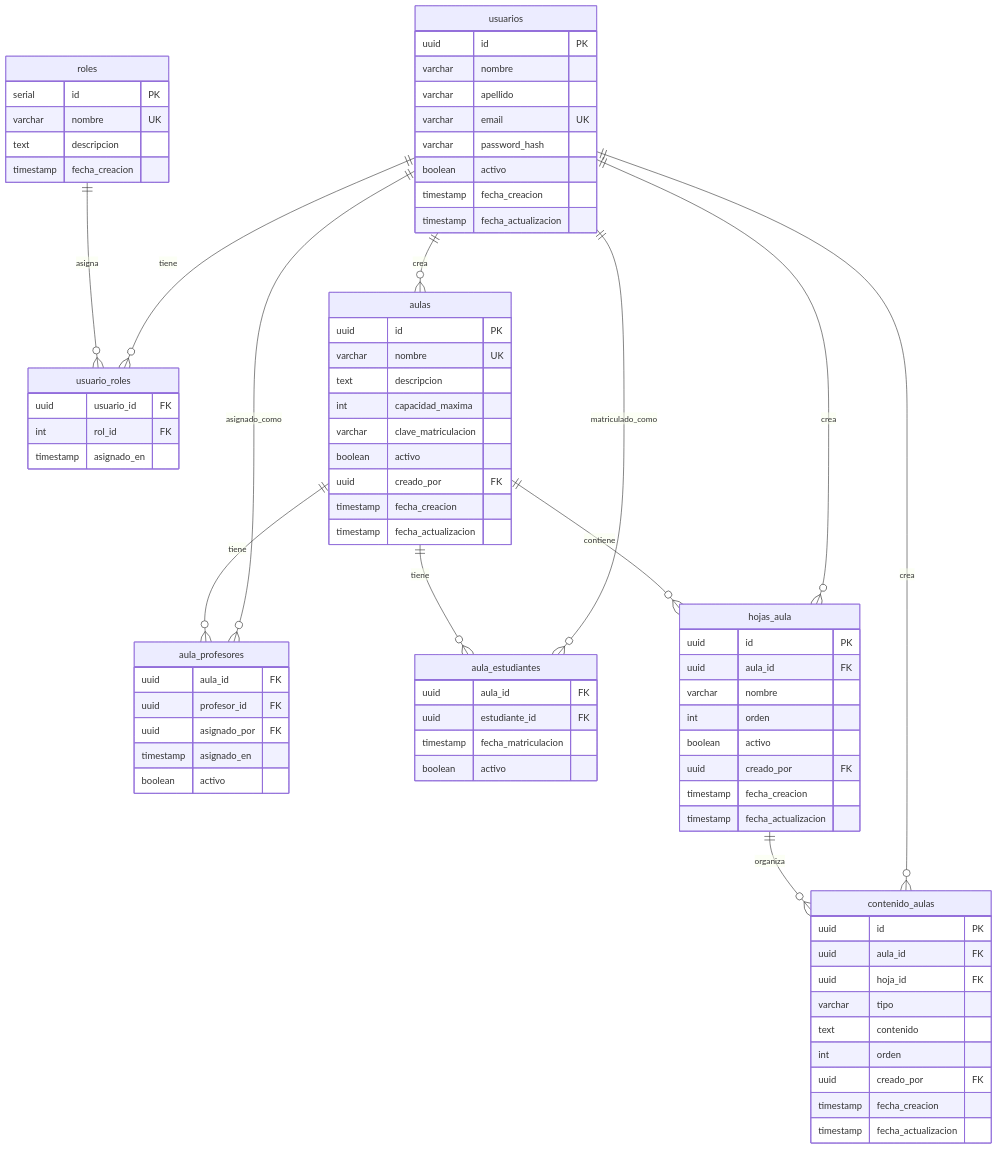
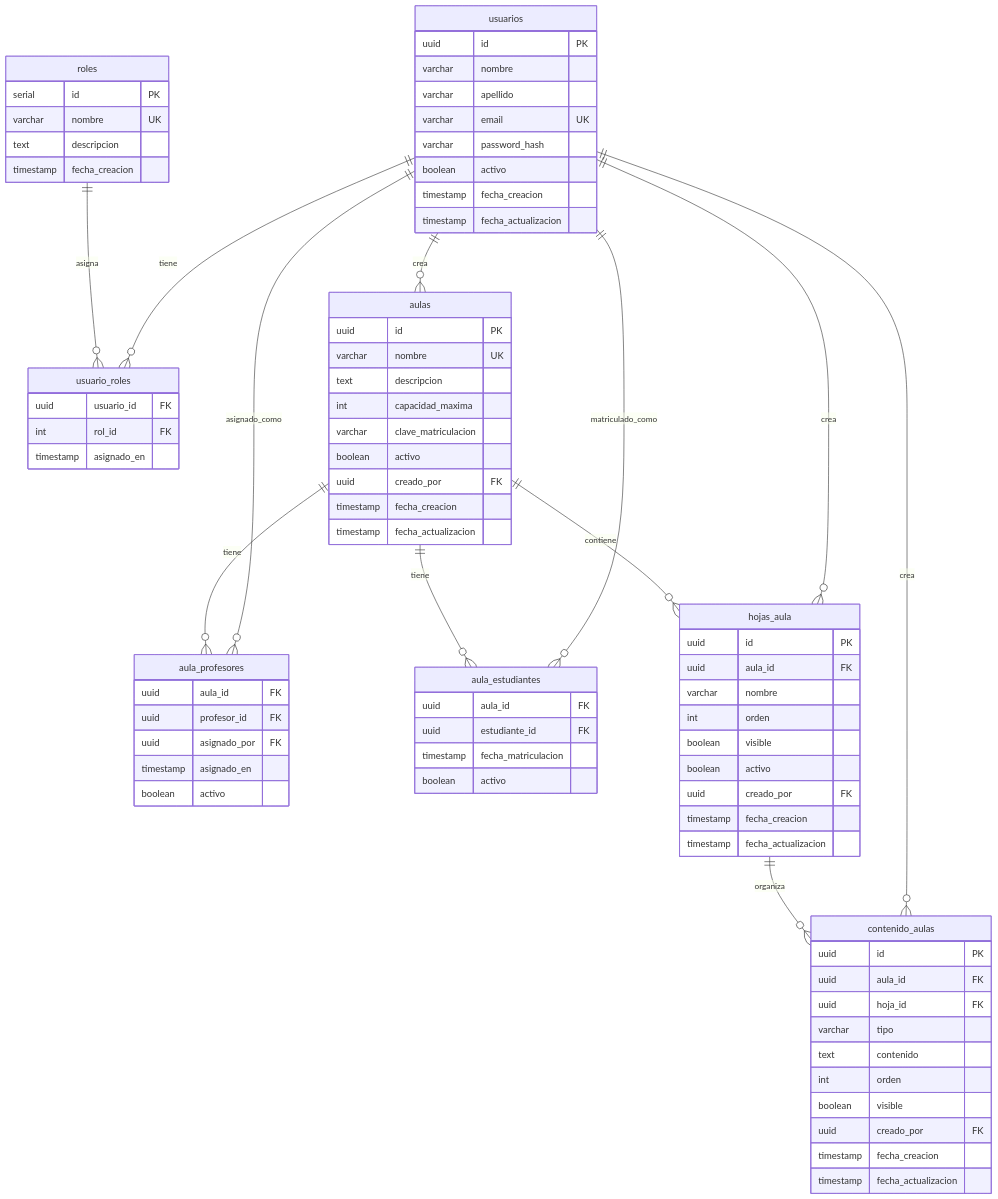
Before and after one commit to NicoMagro/AulaVirtual: the second of 4 diagrams in README.md, drawn with Mermaid. The commit also changed other lines of this file and 8 other files, not shown here.

```diff
--- a/README.md
+++ b/README.md
@@ -118,6 +118,7 @@
         uuid aula_id FK
         varchar nombre
         int orden
+        boolean visible
         boolean activo
         uuid creado_por FK
         timestamp fecha_creacion
@@ -131,6 +132,7 @@
         varchar tipo
         text contenido
         int orden
+        boolean visible
         uuid creado_por FK
         timestamp fecha_creacion
         timestamp fecha_actualizacion
```
